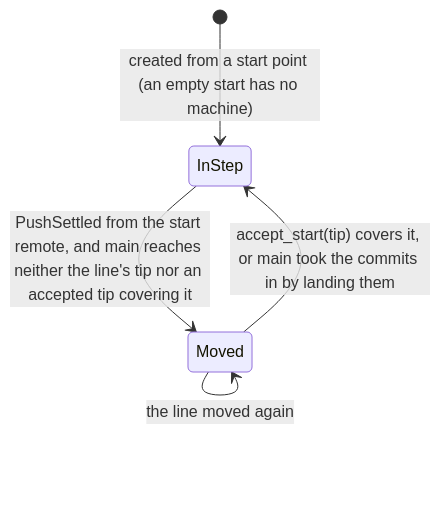
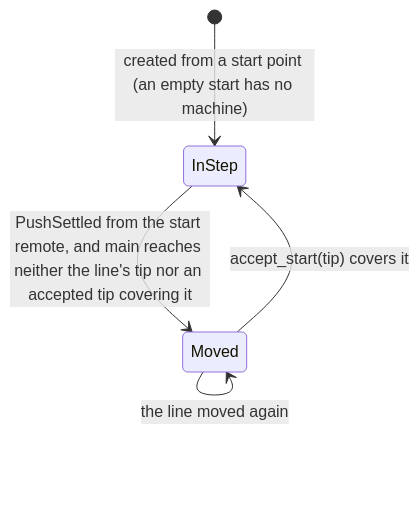
Before and after one commit to mcurcio/agentfs: the second of 2 diagrams in docs/target-architecture/domains/volume.md, drawn with Mermaid. The commit also changed other lines of this file and 14 other files, not shown here.

First line of the commit message:
docs(target-architecture): cut the system and domain pages to the git model

````diff
--- a/docs/target-architecture/domains/volume.md
+++ b/docs/target-architecture/domains/volume.md
@@ -82,7 +51,7 @@
 ```mermaid
 stateDiagram-v2
   [*] --> InStep: created from a start point (an empty start has no machine)
   InStep --> Moved: PushSettled from the start remote, and main reaches neither the line's tip nor an accepted tip covering it
-  Moved --> InStep: accept_start(tip) covers it, or main took the commits in by landing them
+  Moved --> InStep: accept_start(tip) covers it
   Moved --> Moved: the line moved again
 ```
````
